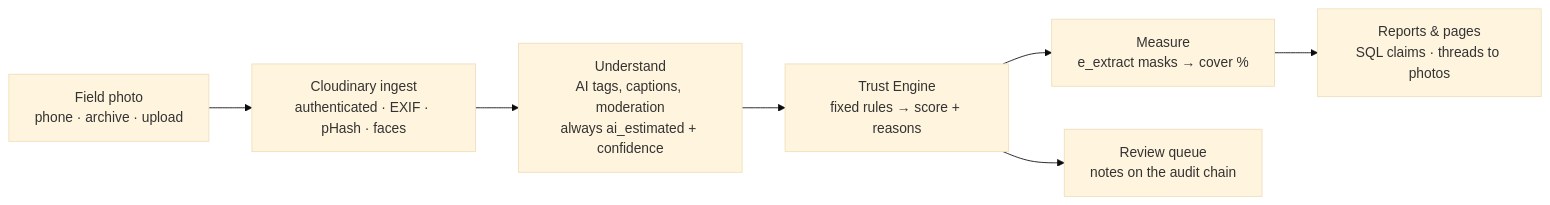
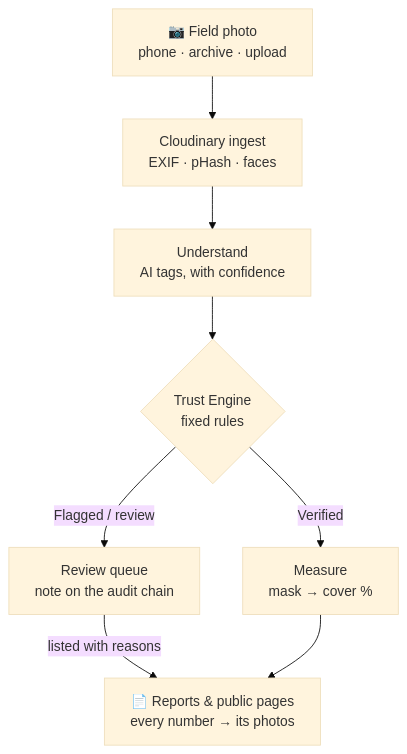
One commit to AnshulMohanty/Saakshi changed the diagram in README.md. Above: the diagram before and after it, drawn with Mermaid (base theme). The commit also changed other lines of this file and 413 other files, not shown here.

````diff
--- a/README.md
+++ b/README.md
@@ -50,9 +50,10 @@
 ```mermaid
-flowchart LR
-  A[Field photo<br/>phone · archive · upload] --> B[Cloudinary ingest<br/>authenticated · EXIF · pHash · faces]
-  B --> C[Understand<br/>AI tags, captions, moderation<br/>always ai_estimated + confidence]
-  C --> D[Trust Engine<br/>fixed rules → score + reasons]
-  D --> E[Measure<br/>e_extract masks → cover %]
-  E --> F[Reports & pages<br/>SQL claims · threads to photos]
-  D --> G[Review queue<br/>notes on the audit chain]
+flowchart TD
+  A["📷 Field photo<br/>phone · archive · upload"] --> B["Cloudinary ingest<br/>EXIF · pHash · faces"]
+  B --> C["Understand<br/>AI tags, with confidence"]
+  C --> D{"Trust Engine<br/>fixed rules"}
+  D -->|"Verified"| E["Measure<br/>mask → cover %"]
+  D -->|"Flagged / review"| G["Review queue<br/>note on the audit chain"]
+  G -->|"listed with reasons"| F
+  E --> F["📄 Reports & public pages<br/>every number → its photos"]
 ```
````
